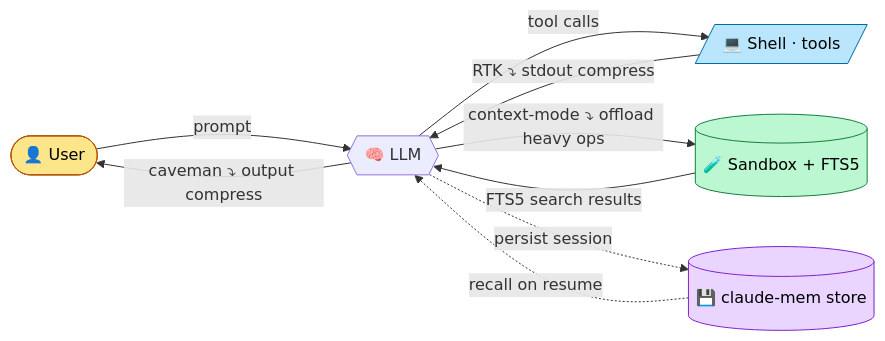
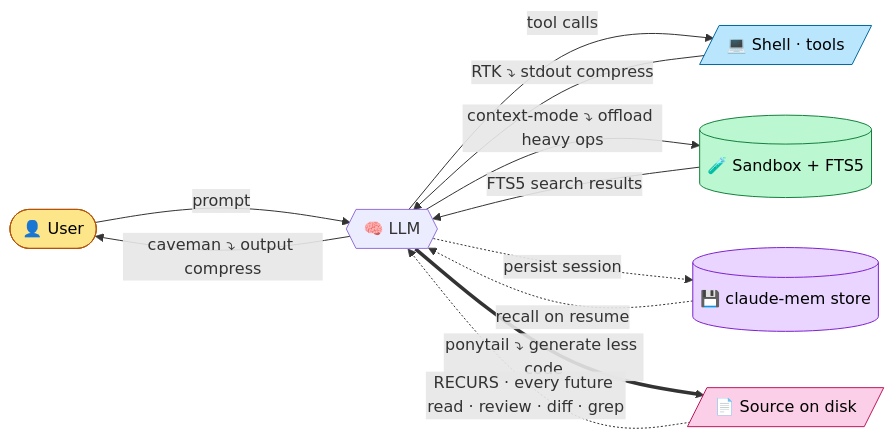
Before and after one commit to oratelecom/tokenwar: the diagram in README.md, drawn with Mermaid. The commit also changed other lines of this file and 1 other file, not shown here.

First line of the commit message:
docs: document ponytail as the 5th axis — the token saving that recurs

````diff
--- a/README.md
+++ b/README.md
@@ -20,26 +20,31 @@
 ```mermaid
 flowchart LR
     USER([👤 User])
     LLM{{🧠 LLM}}
     SHELL[/💻 Shell · tools/]
     SANDBOX[(🧪 Sandbox + FTS5)]
     MEM[(💾 claude-mem store)]
+    CODE[/📄 Source on disk/]
 
     USER -->|prompt| LLM
     LLM -->|caveman ⤵ output compress| USER
     LLM -->|tool calls| SHELL
     SHELL -->|RTK ⤵ stdout compress| LLM
     LLM -->|context-mode ⤵ offload heavy ops| SANDBOX
     SANDBOX -->|FTS5 search results| LLM
     LLM -.->|persist session| MEM
     MEM -.->|recall on resume| LLM
+    LLM ==>|ponytail ⤵ generate less code| CODE
+    CODE -.->|RECURS · every future read · review · diff · grep| LLM
 
     classDef caveman fill:#fde68a,stroke:#b45309,color:#000;
     classDef rtk fill:#bae6fd,stroke:#0369a1,color:#000;
     classDef ctx fill:#bbf7d0,stroke:#15803d,color:#000;
     classDef mem fill:#e9d5ff,stroke:#7e22ce,color:#000;
+    classDef pony fill:#fbcfe8,stroke:#be185d,color:#000;
     class USER caveman
     class SHELL rtk
     class SANDBOX ctx
     class MEM mem
+    class CODE pony
 ```
````
